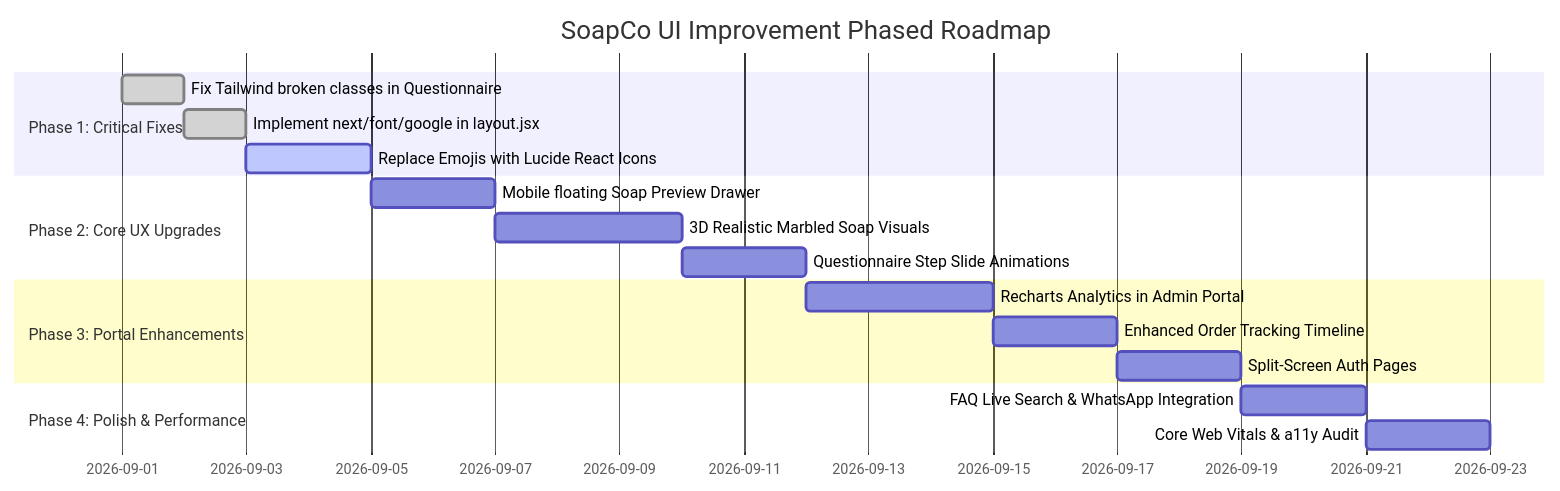
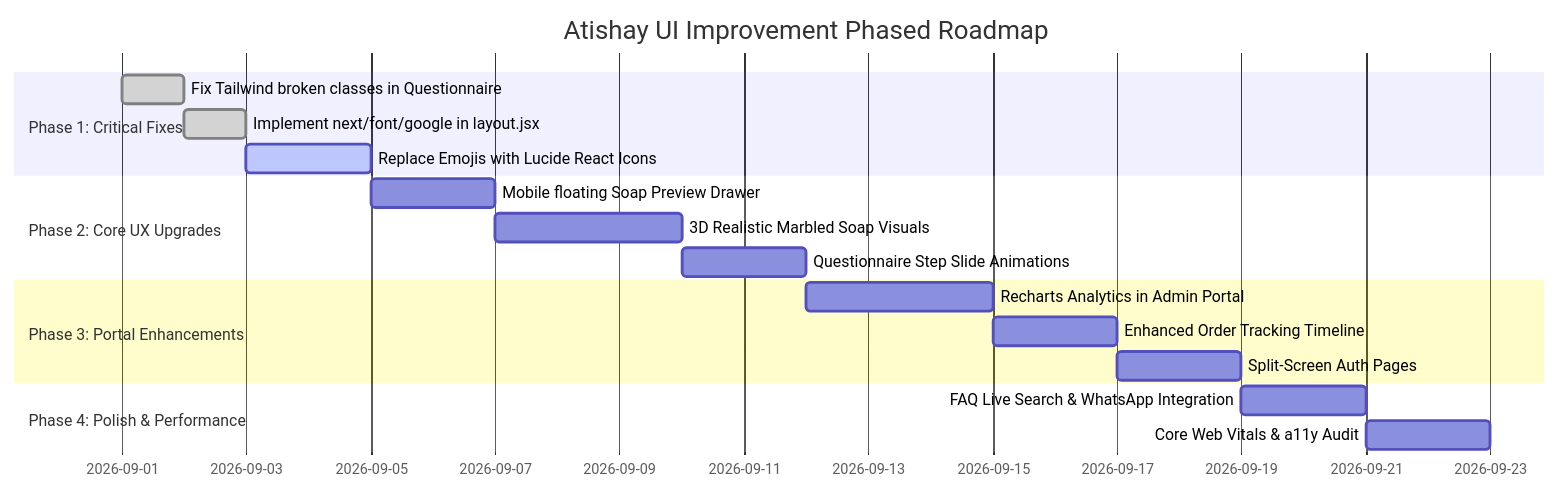
The diagram in soap-website-frontend/UI_IMPROVEMENT.md (jayantshringi/Atishay-OrganicSoap), drawn with Mermaid before and after one commit. The commit also changed other lines of this file and 17 other files, not shown here.

````diff
--- a/soap-website-frontend/UI_IMPROVEMENT.md
+++ b/soap-website-frontend/UI_IMPROVEMENT.md
@@ -410,20 +410,20 @@
 ```mermaid
 gantt
-    title SoapCo UI Improvement Phased Roadmap
+    title Atishay UI Improvement Phased Roadmap
     dateFormat  YYYY-MM-DD
     section Phase 1: Critical Fixes
     Fix Tailwind broken classes in Questionnaire :done, 2026-09-01, 1d
     Implement next/font/google in layout.jsx      :done, 2026-09-02, 1d
     Replace Emojis with Lucide React Icons       :active, 2026-09-03, 2d
     section Phase 2: Core UX Upgrades
     Mobile floating Soap Preview Drawer          :2026-09-05, 2d
     3D Realistic Marbled Soap Visuals           :2026-09-07, 3d
     Questionnaire Step Slide Animations          :2026-09-10, 2d
     section Phase 3: Portal Enhancements
     Recharts Analytics in Admin Portal           :2026-09-12, 3d
     Enhanced Order Tracking Timeline             :2026-09-15, 2d
     Split-Screen Auth Pages                      :2026-09-17, 2d
     section Phase 4: Polish & Performance
     FAQ Live Search & WhatsApp Integration       :2026-09-19, 2d
     Core Web Vitals & a11y Audit                 :2026-09-21, 2d
 ```
````
